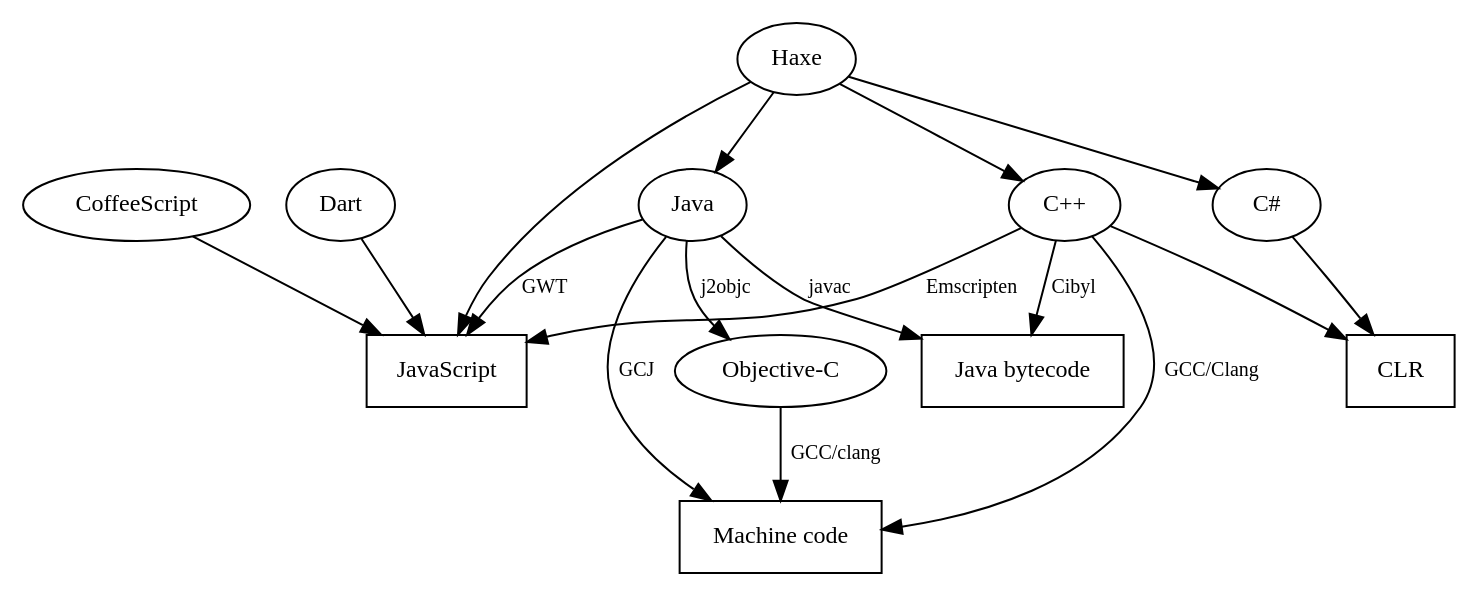
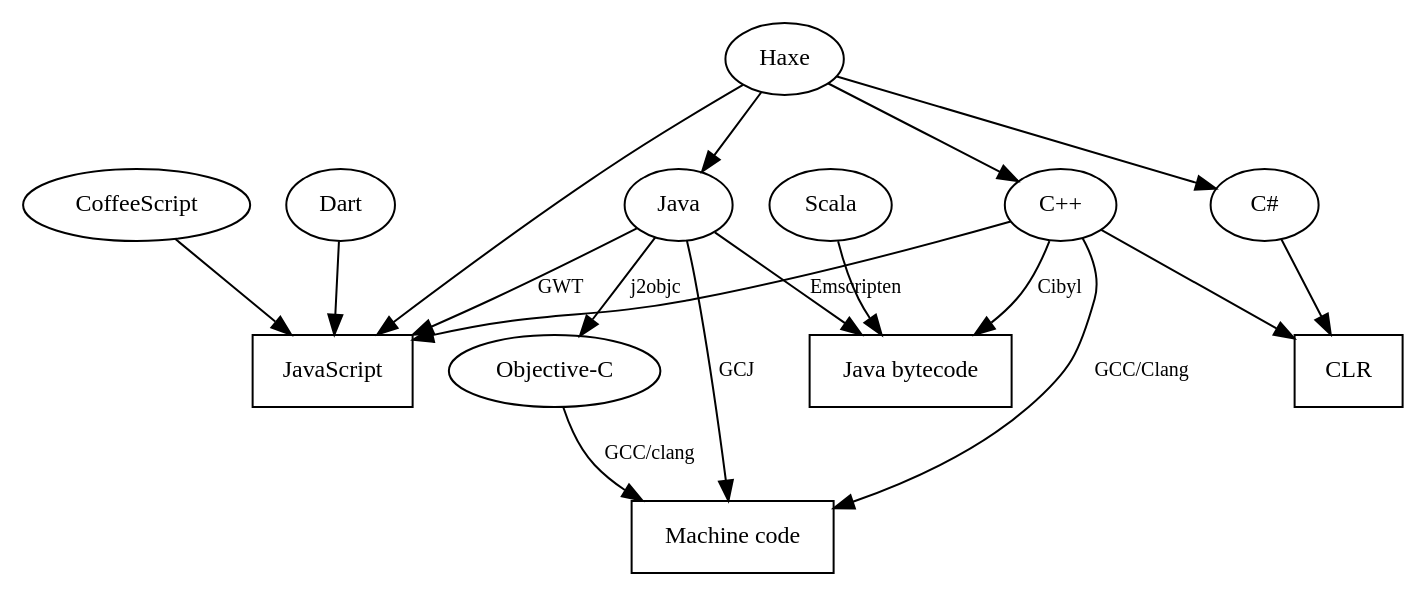
One commit to vilcans/transcompilation changed the diagram in languages.dot. Above: the diagram before and after it, drawn with Graphviz.

Commit message:
Added Scala

```diff
--- a/languages.dot
+++ b/languages.dot
@@ -1,26 +1,27 @@
 digraph Languages {
     edge [fontsize=10];
     node [fontsize=12];
 
-    "Java" -> "Java bytecode" [label="javac"]
+    "Java" -> "Java bytecode"
+    "Scala" -> "Java bytecode"
     "Java" -> "Machine code" [label="GCJ"]
     "Java" -> "Objective-C" [label="j2objc"]
     "Java" -> "JavaScript" [label="GWT"]
     "C++" -> "Machine code" [label="GCC/Clang"]
     "C++" -> "JavaScript" [label="Emscripten"]
     "C++" -> "Java bytecode" [label="Cibyl"]
     "Objective-C" -> "Machine code" [label="GCC/clang"]
     "CoffeeScript" -> "JavaScript"
     "Dart" -> "JavaScript"
     "Haxe" -> "JavaScript"
     "Haxe" -> "C++"
     "Haxe" -> "Java"
     "Haxe" -> "C#"
     "C#" -> "CLR"
     "C++" -> "CLR"
 
     "Java bytecode" [shape="box"]
     "Machine code" [shape="box"]
     "JavaScript" [shape="box"]
     "CLR" [shape="box"]
 }
```
